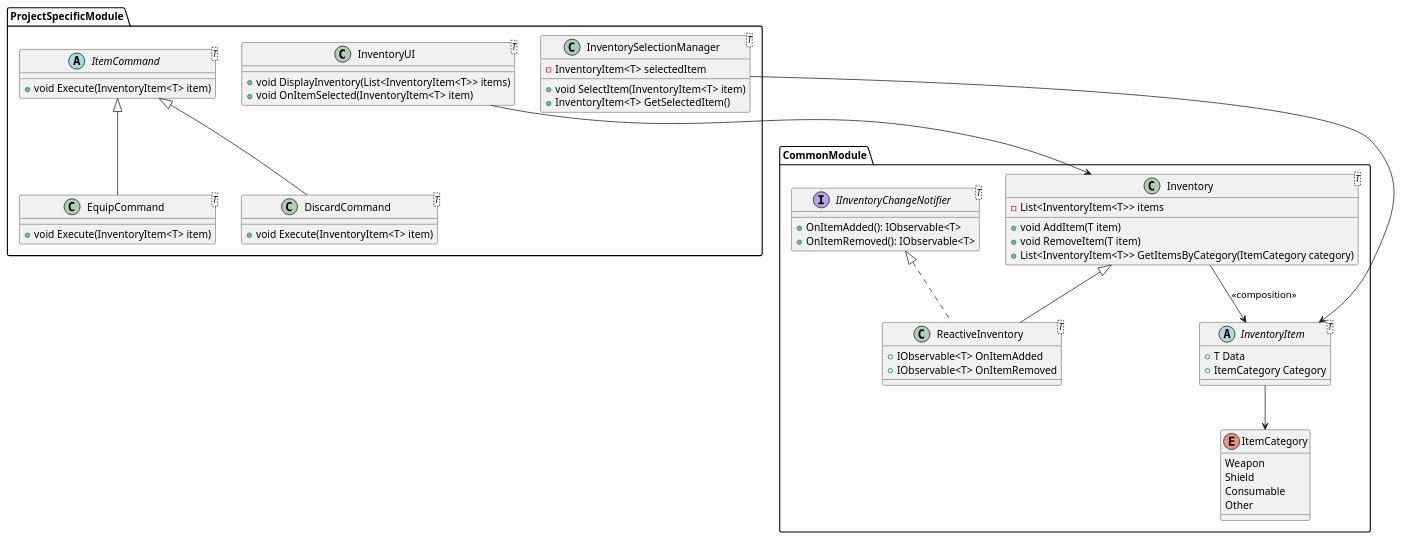
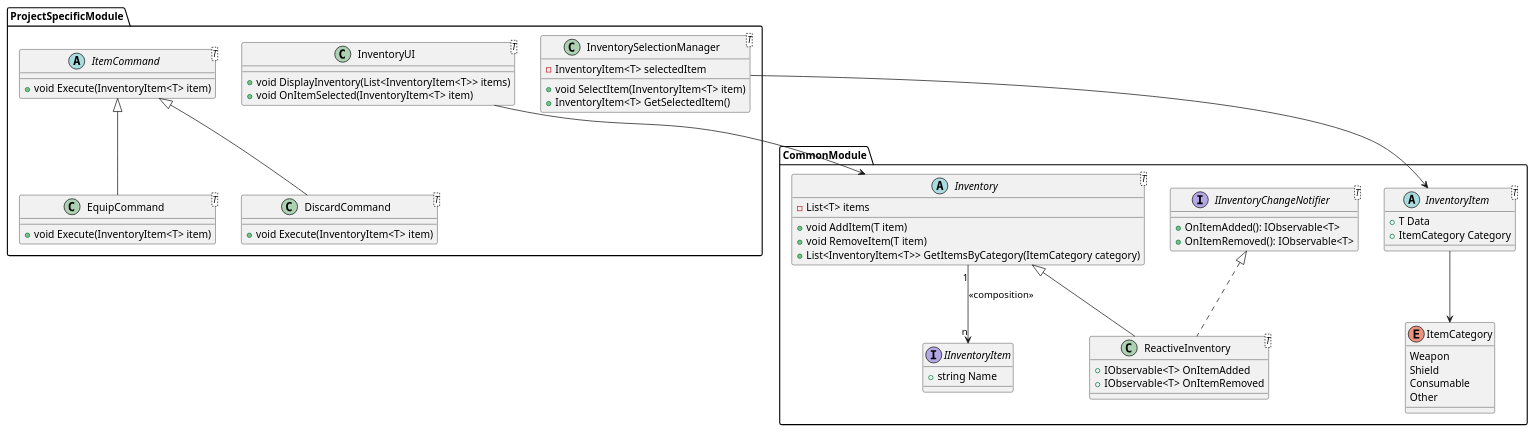
One commit to nitou-kanazawa/NitouUnityLib changed the diagram in Assets/Develop/Runtime/Inventory/Template_ClassDiagram.puml. Above: the diagram before and after it, drawn with PlantUML. The commit also changed 3 other files, not shown here.

```diff
--- a/Assets/Develop/Runtime/Inventory/Template_ClassDiagram.puml
+++ b/Assets/Develop/Runtime/Inventory/Template_ClassDiagram.puml
@@ -1,69 +1,82 @@
 @startuml
+
 package CommonModule {
-    interface IInventoryChangeNotifier<T> {
-        + OnItemAdded(): IObservable<T>
-        + OnItemRemoved(): IObservable<T>
+
+    ' インベントリに格納されるアイテム
+    interface IInventoryItem{
+        + string Name
     }
+
+    abstract class Inventory<T> {
+        - List<T> items
+        + void AddItem(T item)
+        + void RemoveItem(T item)
+        + List<InventoryItem<T>> GetItemsByCategory(ItemCategory category)
+    }
+
 
     abstract class InventoryItem<T> {
         + T Data
         + ItemCategory Category
     }
 
-    class Inventory<T> {
-        - List<InventoryItem<T>> items
-        + void AddItem(T item)
-        + void RemoveItem(T item)
-        + List<InventoryItem<T>> GetItemsByCategory(ItemCategory category)
+    interface IInventoryChangeNotifier<T> {
+        + OnItemAdded(): IObservable<T>
+        + OnItemRemoved(): IObservable<T>
     }
+
 
     class ReactiveInventory<T> {
         + IObservable<T> OnItemAdded
         + IObservable<T> OnItemRemoved
     }
 
     enum ItemCategory {
         Weapon
         Shield
         Consumable
         Other
     }
 }
+
+Inventory "1"-->"n" IInventoryItem : <<composition>>
+
+
 
 package ProjectSpecificModule {
     abstract class ItemCommand<T> {
         + void Execute(InventoryItem<T> item)
     }
 
     class EquipCommand<T> {
         + void Execute(InventoryItem<T> item)
     }
 
     class DiscardCommand<T> {
         + void Execute(InventoryItem<T> item)
     }
 
     class InventoryUI<T> {
         + void DisplayInventory(List<InventoryItem<T>> items)
         + void OnItemSelected(InventoryItem<T> item)
     }
 
     class InventorySelectionManager<T> {
         - InventoryItem<T> selectedItem
         + void SelectItem(InventoryItem<T> item)
         + InventoryItem<T> GetSelectedItem()
     }
 }
 
 
 ReactiveInventory -up-|> Inventory
 ReactiveInventory .up.|> IInventoryChangeNotifier
 
-Inventory --> InventoryItem : <<composition>>
+
 InventoryItem --> ItemCategory
 InventoryUI --> Inventory
 InventorySelectionManager --> InventoryItem
 EquipCommand -up-|> ItemCommand
 DiscardCommand -up-|> ItemCommand
 
 @enduml
```
